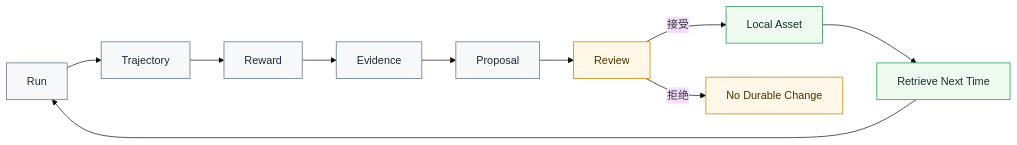
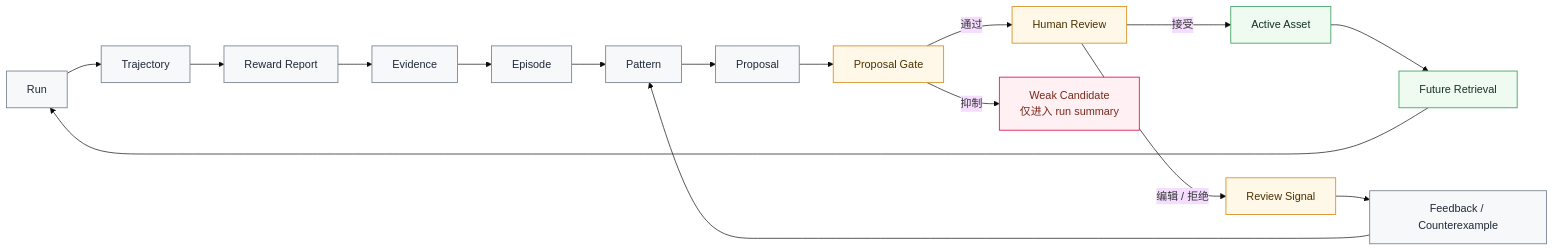
The second of 3 diagrams in README.zh-CN.md (Praxile-Alpha/Praxile), drawn with Mermaid (base theme) before and after one commit. The commit also changed other lines of this file and 2 other files, not shown here.

Commit message:
docs: update READMEs and add ARCHITECTURE_DIAGRAMS.md

````diff
--- a/README.zh-CN.md
+++ b/README.zh-CN.md
@@ -178,11 +128,18 @@
 ```mermaid
 flowchart LR
     classDef step fill:#F6F8FA,stroke:#7B8794,color:#1F2937,stroke-width:1.3px;
-    classDef review fill:#FFF7E8,stroke:#D8942A,color:#4A3200,stroke-width:1.3px;
+    classDef gate fill:#FFF7E8,stroke:#D8942A,color:#4A3200,stroke-width:1.3px;
     classDef asset fill:#EFFAF0,stroke:#45A66A,color:#12351F,stroke-width:1.3px;
+    classDef weak fill:#FFF1F3,stroke:#E31B54,color:#7A271A,stroke-width:1.3px;
 
-    A["Run"]:::step --> B["Trajectory"]:::step --> C["Reward"]:::step --> D["Evidence"]:::step --> E["Proposal"]:::step --> F["Review"]:::review
-    F -->|接受| G["Local Asset"]:::asset
-    F -->|拒绝| H["No Durable Change"]:::review
-    G --> I["Retrieve Next Time"]:::asset --> A
+    A["Run"]:::step --> B["Trajectory"]:::step --> C["Reward Report"]:::step --> D["Evidence"]:::step --> E["Episode"]:::step --> F["Pattern"]:::step --> G["Proposal"]:::step
+    G --> H["Proposal Gate"]:::gate
+    H -->|通过| I["Human Review"]:::gate
+    H -->|抑制| W["Weak Candidate<br/>仅进入 run summary"]:::weak
+    I -->|接受| J["Active Asset"]:::asset
+    I -->|编辑 / 拒绝| K["Review Signal"]:::gate
+    J --> L["Future Retrieval"]:::asset
+    K --> M["Feedback / Counterexample"]:::step
+    L --> A
+    M --> F
 ```
````
